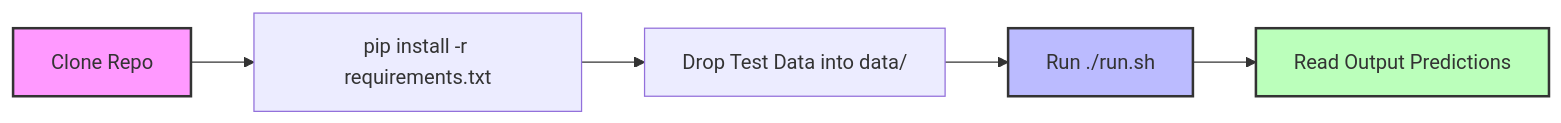
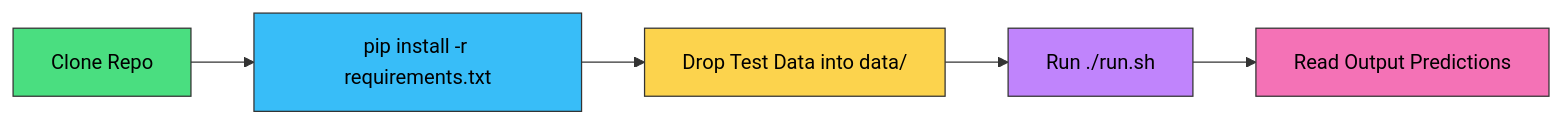
One commit to DhruvPathak767/NetElixir-Hackathon changed the second of 3 diagrams in README.md. Above: the diagram before and after it, drawn with Mermaid. The commit also changed other lines of this file, not shown here.

Commit message:
docs: improve README documentation with architecture diagrams and feature breakdowns

````diff
--- a/README.md
+++ b/README.md
@@ -24,11 +109,13 @@
 ```mermaid
 graph LR
     A[Clone Repo] --> B[pip install -r requirements.txt]
     B --> C[Drop Test Data into data/]
     C --> D[Run ./run.sh]
     D --> E[Read Output Predictions]
     
-    style A fill:#f9f,stroke:#333,stroke-width:2px
-    style D fill:#bbf,stroke:#333,stroke-width:2px
-    style E fill:#bfb,stroke:#333,stroke-width:2px
+    style A fill:#4ade80,stroke:#333,stroke-width:1px,color:#000
+    style B fill:#38bdf8,stroke:#333,stroke-width:1px,color:#000
+    style C fill:#fcd34d,stroke:#333,stroke-width:1px,color:#000
+    style D fill:#c084fc,stroke:#333,stroke-width:1px,color:#000
+    style E fill:#f472b6,stroke:#333,stroke-width:1px,color:#000
 ```
````
